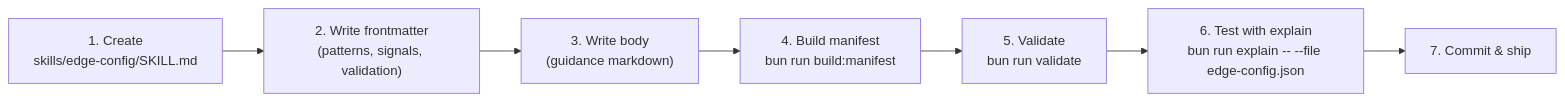
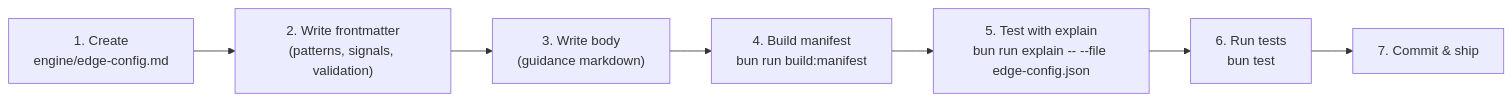
Before and after one commit to vercel/vercel-plugin: the first of 3 diagrams in docs/03-skill-authoring.md, drawn with Mermaid. The commit also changed other lines of this file and 19 other files, not shown here.

````diff
--- a/docs/03-skill-authoring.md
+++ b/docs/03-skill-authoring.md
@@ -41,9 +37,9 @@
 ```mermaid
 flowchart LR
-    A["1. Create<br/>skills/edge-config/SKILL.md"] --> B["2. Write frontmatter<br/>(patterns, signals, validation)"]
+    A["1. Create<br/>engine/edge-config.md"] --> B["2. Write frontmatter<br/>(patterns, signals, validation)"]
     B --> C["3. Write body<br/>(guidance markdown)"]
     C --> D["4. Build manifest<br/>bun run build:manifest"]
-    D --> E["5. Validate<br/>bun run validate"]
-    E --> F["6. Test with explain<br/>bun run explain -- --file edge-config.json"]
+    D --> E["5. Test with explain<br/>bun run explain -- --file edge-config.json"]
+    E --> F["6. Run tests<br/>bun test"]
     F --> G["7. Commit & ship"]
 ```
````
